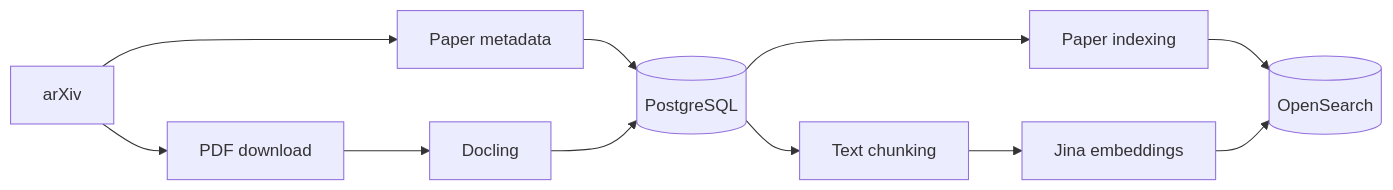
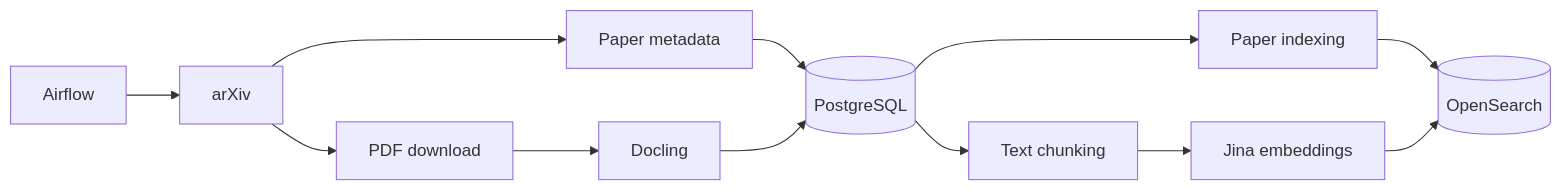
The first of 3 diagrams in README.md (vector94/agentic-research-assistant), drawn with Mermaid before and after one commit. The commit also changed other lines of this file and 19 other files, not shown here.

````diff
--- a/README.md
+++ b/README.md
@@ -31,15 +32,16 @@
 ```mermaid
 flowchart LR
+    Airflow --> arXiv
     arXiv --> Metadata[Paper metadata]
     arXiv --> PDF[PDF download]
     PDF --> Docling
     Metadata --> PostgreSQL[(PostgreSQL)]
     Docling --> PostgreSQL
 
     PostgreSQL --> Papers[Paper indexing]
     Papers --> OpenSearch[(OpenSearch)]
 
     PostgreSQL --> Chunking[Text chunking]
     Chunking --> Jina[Jina embeddings]
     Jina --> OpenSearch
 ```
````
